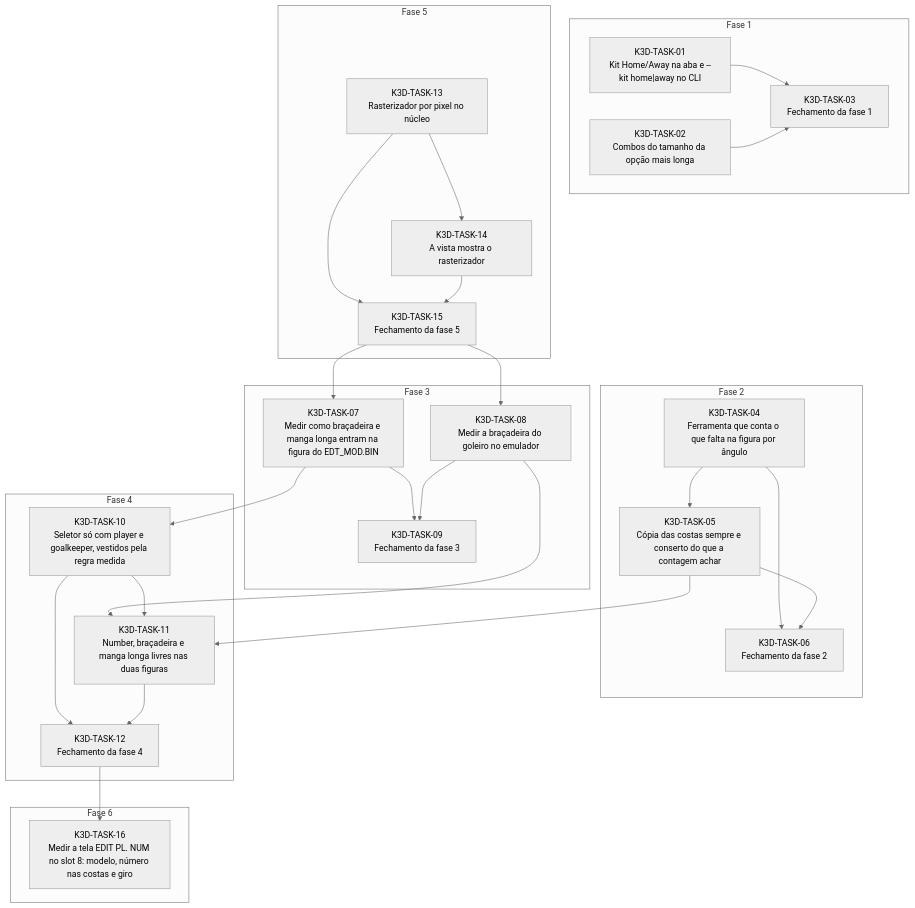
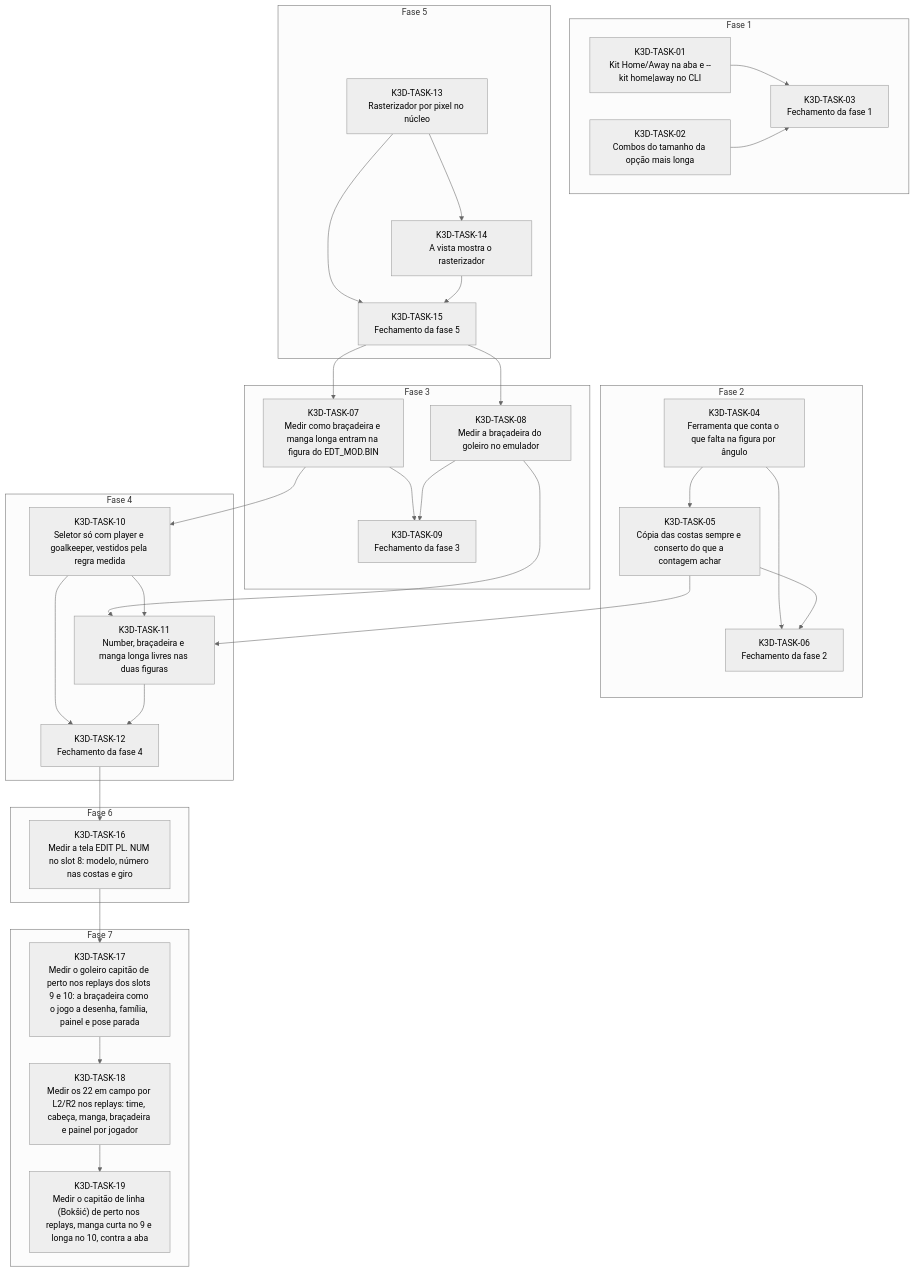
The diagram in docs/tasks/kits-3d/progresso.md (aguilasa/new-we2002-editor), drawn with Mermaid (neutral theme) before and after one commit. The commit also changed other lines of this file and 2 other files, not shown here.

Commit message:
chore(rite): open K3D-TASK-17

````diff
--- a/docs/tasks/kits-3d/progresso.md
+++ b/docs/tasks/kits-3d/progresso.md
@@ -11,50 +11,58 @@
 ```mermaid
 graph TD
   subgraph phase_1["Fase 1"]
     K3D_TASK_01["K3D-TASK-01<br/>Kit Home/Away na aba e --kit home|away no CLI"]
     K3D_TASK_02["K3D-TASK-02<br/>Combos do tamanho da opção mais longa"]
     K3D_TASK_03["K3D-TASK-03<br/>Fechamento da fase 1"]
   end
   subgraph phase_2["Fase 2"]
     K3D_TASK_04["K3D-TASK-04<br/>Ferramenta que conta o que falta na figura por ângulo"]
     K3D_TASK_05["K3D-TASK-05<br/>Cópia das costas sempre e conserto do que a contagem achar"]
     K3D_TASK_06["K3D-TASK-06<br/>Fechamento da fase 2"]
   end
   subgraph phase_3["Fase 3"]
     K3D_TASK_07["K3D-TASK-07<br/>Medir como braçadeira e manga longa entram na figura do EDT_MOD.BIN"]
     K3D_TASK_08["K3D-TASK-08<br/>Medir a braçadeira do goleiro no emulador"]
     K3D_TASK_09["K3D-TASK-09<br/>Fechamento da fase 3"]
   end
   subgraph phase_4["Fase 4"]
     K3D_TASK_10["K3D-TASK-10<br/>Seletor só com player e goalkeeper, vestidos pela regra medida"]
     K3D_TASK_11["K3D-TASK-11<br/>Number, braçadeira e manga longa livres nas duas figuras"]
     K3D_TASK_12["K3D-TASK-12<br/>Fechamento da fase 4"]
   end
   subgraph phase_5["Fase 5"]
     K3D_TASK_13["K3D-TASK-13<br/>Rasterizador por pixel no núcleo"]
     K3D_TASK_14["K3D-TASK-14<br/>A vista mostra o rasterizador"]
     K3D_TASK_15["K3D-TASK-15<br/>Fechamento da fase 5"]
   end
   subgraph phase_6["Fase 6"]
     K3D_TASK_16["K3D-TASK-16<br/>Medir a tela EDIT PL. NUM no slot 8: modelo, número nas costas e giro"]
   end
+  subgraph phase_7["Fase 7"]
+    K3D_TASK_17["K3D-TASK-17<br/>Medir o goleiro capitão de perto nos replays dos slots 9 e 10: a braçadeira como o jogo a desenha, família, painel e pose parada"]
+    K3D_TASK_18["K3D-TASK-18<br/>Medir os 22 em campo por L2/R2 nos replays: time, cabeça, manga, braçadeira e painel por jogador"]
+    K3D_TASK_19["K3D-TASK-19<br/>Medir o capitão de linha (Bokšić) de perto nos replays, manga curta no 9 e longa no 10, contra a aba"]
+  end
   K3D_TASK_01 --> K3D_TASK_03
   K3D_TASK_02 --> K3D_TASK_03
   K3D_TASK_04 --> K3D_TASK_05
   K3D_TASK_04 --> K3D_TASK_06
   K3D_TASK_05 --> K3D_TASK_06
   K3D_TASK_13 --> K3D_TASK_14
   K3D_TASK_13 --> K3D_TASK_15
   K3D_TASK_14 --> K3D_TASK_15
   K3D_TASK_15 --> K3D_TASK_07
   K3D_TASK_15 --> K3D_TASK_08
   K3D_TASK_07 --> K3D_TASK_09
   K3D_TASK_08 --> K3D_TASK_09
   K3D_TASK_07 --> K3D_TASK_10
   K3D_TASK_05 --> K3D_TASK_11
   K3D_TASK_08 --> K3D_TASK_11
   K3D_TASK_10 --> K3D_TASK_11
   K3D_TASK_10 --> K3D_TASK_12
   K3D_TASK_11 --> K3D_TASK_12
   K3D_TASK_12 --> K3D_TASK_16
+  K3D_TASK_16 --> K3D_TASK_17
+  K3D_TASK_17 --> K3D_TASK_18
+  K3D_TASK_18 --> K3D_TASK_19
 ```
````
